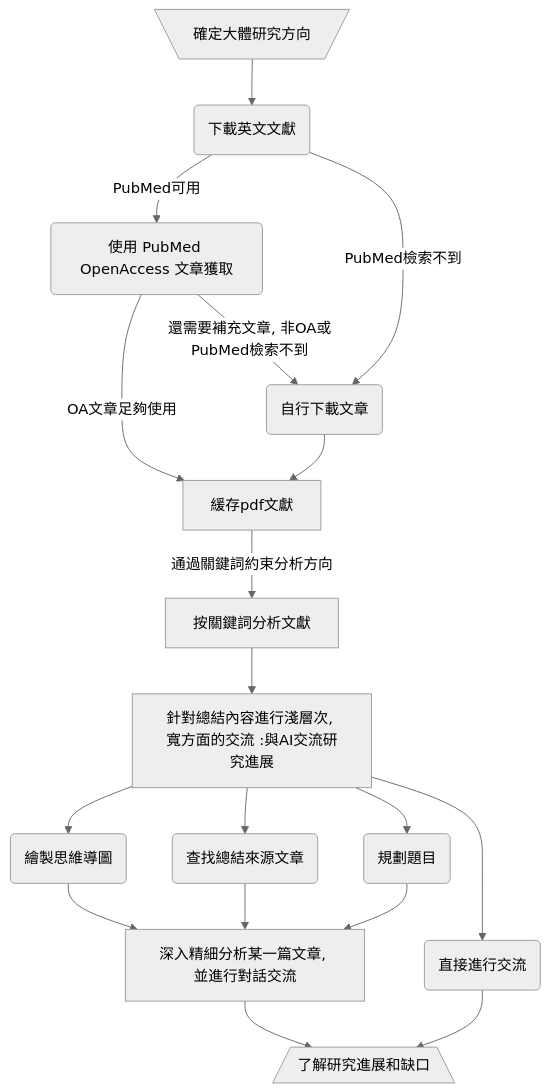
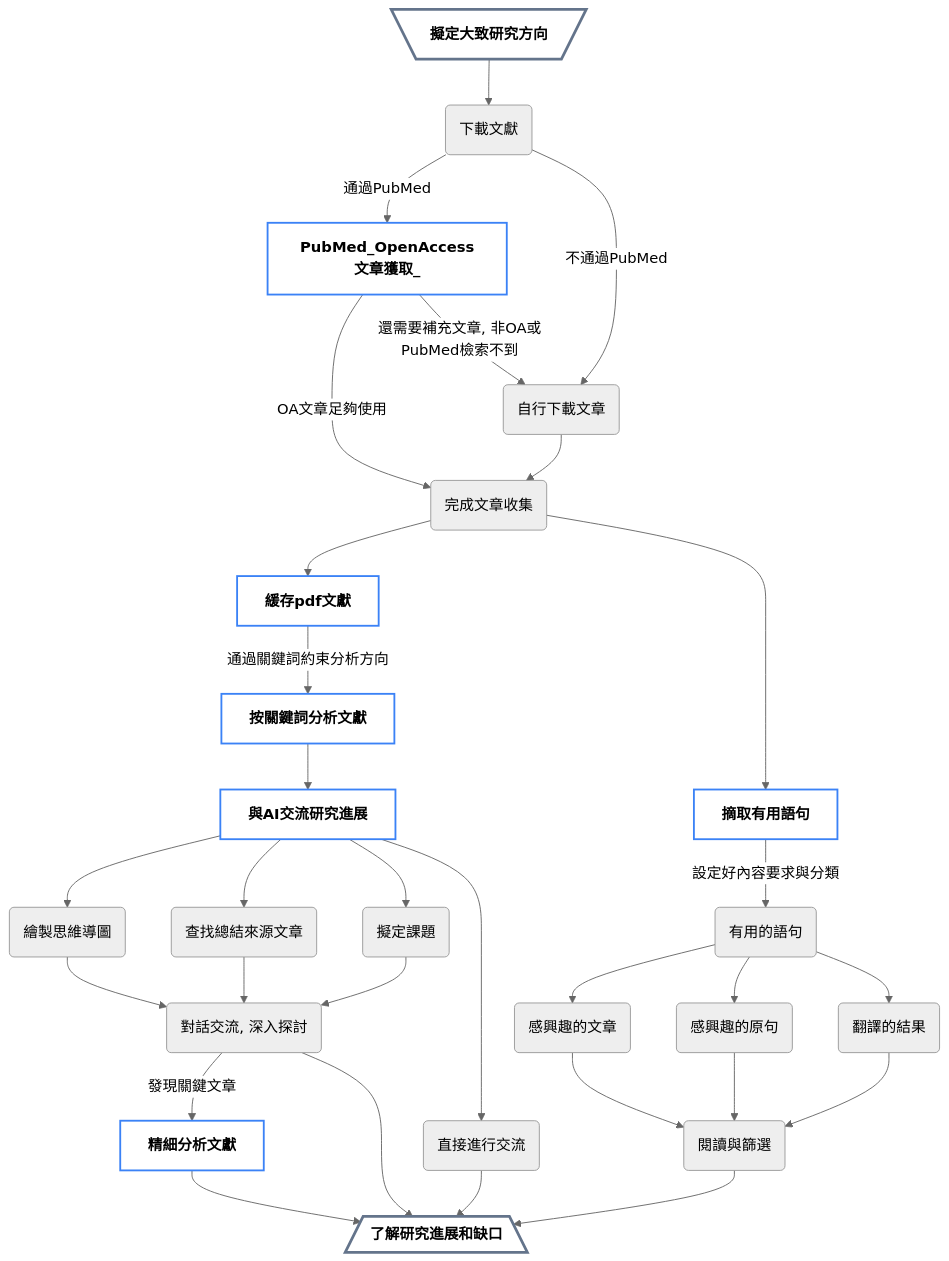
The diagram in readme-zh_Hant.md (PureAmaya/scholar_navis), drawn with Mermaid (neutral theme) before and after one commit. The commit also changed other lines of this file and 15 other files, not shown here.

````diff
--- a/readme-zh_Hant.md
+++ b/readme-zh_Hant.md
@@ -134,15 +152,29 @@
 ```mermaid
-graph TD
-A[\確定大體研究方向/] --> B(下載英文文獻)
-B -->|PubMed可用| C(使用 PubMed OpenAccess 文章獲取)
-B -->|PubMed檢索不到| D(自行下載文章)
-C --> |OA文章足夠使用| E[緩存pdf文獻]
+flowchart TD
+A[\擬定大致研究方向/] --> B(下載文獻)
+B -->|通過PubMed| C[PubMed_OpenAccess文章獲取_]
+B -->|不通過PubMed| D(自行下載文章)
+C --> |OA文章足夠使用| preE(完成文章收集)
+preE --> E[緩存pdf文獻]
 C --> |還需要補充文章, 非OA或PubMed檢索不到| D
 
-D --> E[緩存pdf文獻]
+D --> preE
 E --> |通過關鍵詞約束分析方向 | F[按關鍵詞分析文獻]
-F --> G[針對總結內容進行淺層次, 寬方面的交流 :與AI交流研究進展]
-G --> G1(繪製思維導圖) & G2(查找總結來源文章) & G3(規劃題目) & G4(直接進行交流)
-G1 & G2 & G3 -->  H[深入精細分析某一篇文章, 並進行對話交流]
-H & G4 --> I[/了解研究進展和缺口\]
+F --> G[與AI交流研究進展]
+G --> G1(繪製思維導圖) & G2(查找總結來源文章) & G3(擬定課題) & G4(直接進行交流)
+G1 & G2 & G3 --> H(對話交流, 深入探討)
+H --> |發現關鍵文章| J[精細分析文獻]
+
+preE --> extract1[摘取有用語句]
+extract1 --> |設定好內容要求與分類| extract2(有用的語句)
+extract2 --> extract_title(感興趣的文章) & extract_sentences(感興趣的原句) & extract_trans(翻譯的結果)
+extract_title & extract_sentences & extract_trans --> extract3(閱讀與篩選)
+
+H & J & G4 & extract3--> I[/了解研究進展和缺口\]
+
+class C,E,F,G,J,extract1 function;
+class A,I start_and_termination;
+
+classDef function fill:#ffffff, stroke:#3b82f6, stroke-width:2px, color:#000, font-weight:bold;
+classDef start_and_termination fill:#ffffff, stroke:#64748b, stroke-width:3px, font-weight:bold;
 ```
````
